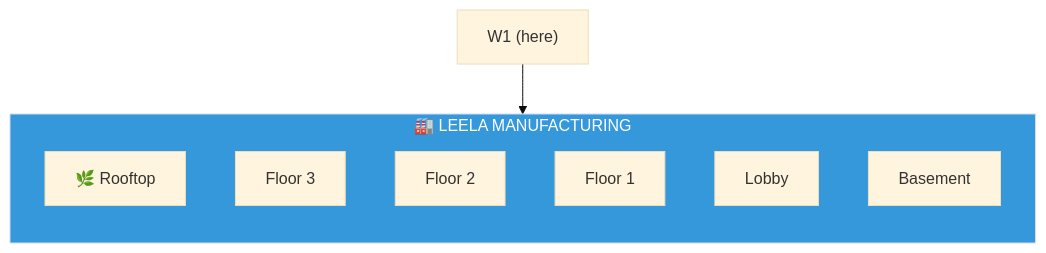
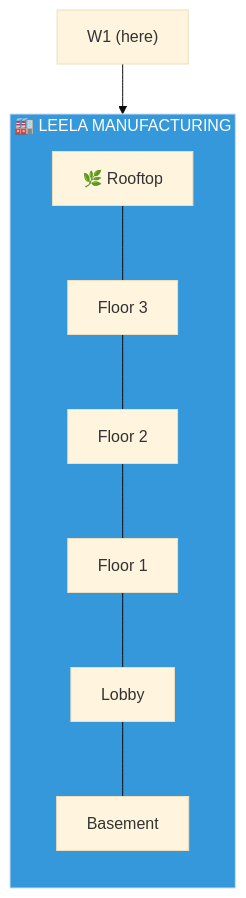
The third of 3 diagrams in examples/adventure-4/street/lane-neverending/w1/README.md (SimHacker/moollm), drawn with Mermaid (base theme) before and after one commit.

Commit message:
Fix Leela Manufacturing diagram: vertical floor layout with connections

````diff
--- a/examples/adventure-4/street/lane-neverending/w1/README.md
+++ b/examples/adventure-4/street/lane-neverending/w1/README.md
@@ -71,16 +71,16 @@
 ```mermaid
 flowchart TB
+    Street["W1 (here)"] --> Lobby
+    
     subgraph Leela["🏭 LEELA MANUFACTURING"]
         direction TB
         Roof["🌿 Rooftop"]
-        F3["Floor 3"]
-        F2["Floor 2"]
-        F1["Floor 1"]
-        Lobby["Lobby"]
-        Basement["Basement"]
+        Roof --- F3["Floor 3"]
+        F3 --- F2["Floor 2"]
+        F2 --- F1["Floor 1"]
+        F1 --- Lobby["Lobby"]
+        Lobby --- Basement["Basement"]
     end
-    
-    Street["W1 (here)"] --> Lobby
 
     style Leela fill:#3498db,color:#fff
 ```
````
